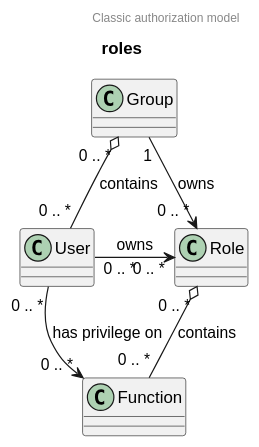
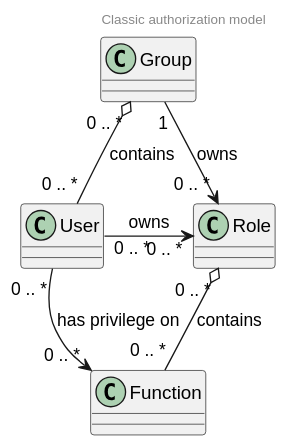
The diagram in diagrams/roles.puml (bflorat/architecture-document-template), drawn with PlantUML before and after one commit. The commit also changed 18 other files, not shown here.

Commit message:
refactor: improved diagrams

```diff
--- a/diagrams/roles.puml
+++ b/diagrams/roles.puml
@@ -1,11 +1,10 @@
-@startuml
-title roles
+@startuml roles
 header Classic authorization model
 skinparam defaultFontName Liberation Sans
 scale 500 * 400
 Role "0 .. *" o-- "0 .. *" Function: "contains"
 Group "0 .. *" o-- "0 .. *" User: "contains"
 User "0 .. *" -> "0 .. *" Role: "owns"
 User "0 .. *" -> "0 .. *" Function: "has privilege on"
 Group "1" -> "0 .. *" Role: "owns"
 @enduml 
```
